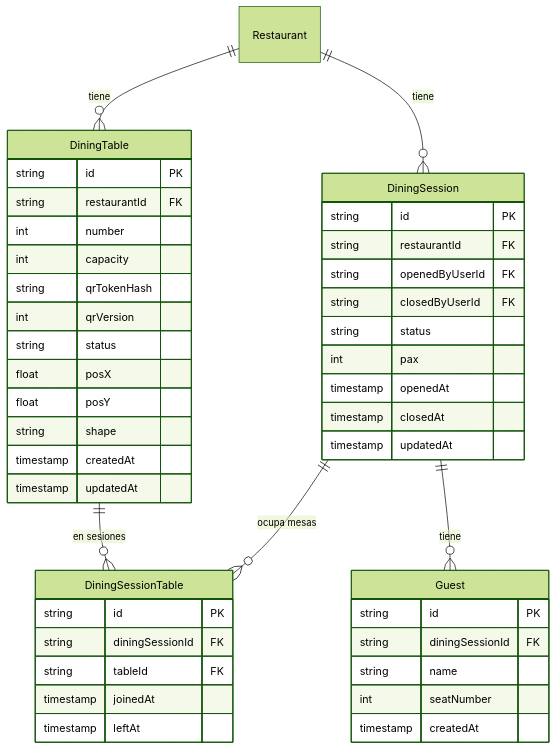
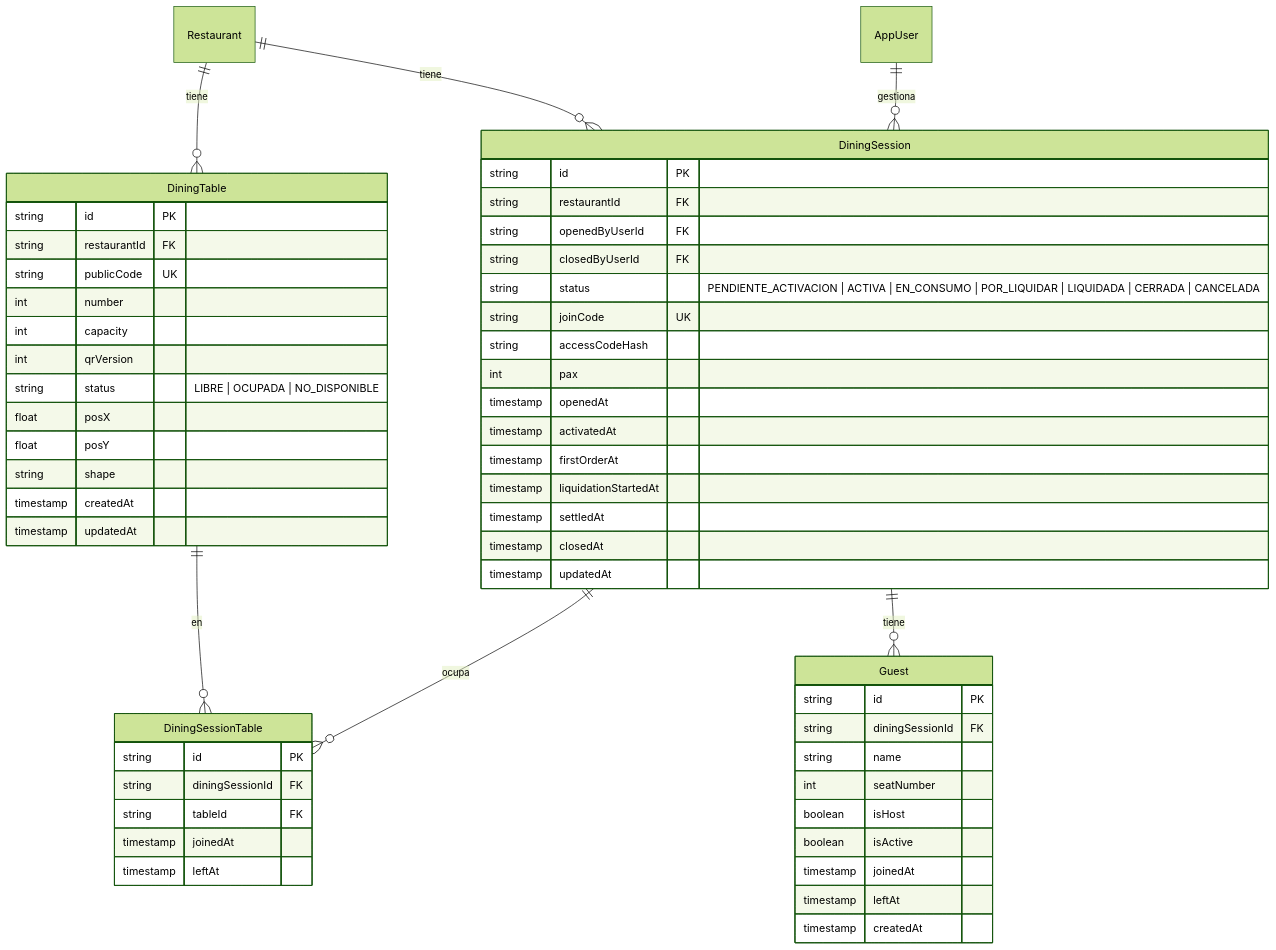
Before and after one commit to dvillagrans/Bouquet: the diagram in docs/_assets/erd/dominio-06-mesa.mmd, drawn with Mermaid (forest theme). The commit also changed 26 other files, not shown here.

Commit message:
refactor: simplify dictionary table styling and update Spark architectural documentation with refined analysis workflows and generated ERD assets

```diff
--- a/docs/_assets/erd/dominio-06-mesa.mmd
+++ b/docs/_assets/erd/dominio-06-mesa.mmd
@@ -1,50 +1,61 @@
 erDiagram
 
     DiningTable {
         string id PK
         string restaurantId FK
+        string publicCode UK
         int number
         int capacity
-        string qrTokenHash
         int qrVersion
-        string status
+        string status "LIBRE | OCUPADA | NO_DISPONIBLE"
         float posX
         float posY
         string shape
         timestamp createdAt
         timestamp updatedAt
     }
 
     DiningSession {
         string id PK
         string restaurantId FK
         string openedByUserId FK
         string closedByUserId FK
-        string status
+        string status "PENDIENTE_ACTIVACION | ACTIVA | EN_CONSUMO | POR_LIQUIDAR | LIQUIDADA | CERRADA | CANCELADA"
+        string joinCode UK
+        string accessCodeHash
         int pax
         timestamp openedAt
+        timestamp activatedAt
+        timestamp firstOrderAt
+        timestamp liquidationStartedAt
+        timestamp settledAt
         timestamp closedAt
         timestamp updatedAt
     }
 
     DiningSessionTable {
         string id PK
         string diningSessionId FK
         string tableId FK
         timestamp joinedAt
         timestamp leftAt
     }
 
     Guest {
         string id PK
         string diningSessionId FK
         string name
         int seatNumber
+        boolean isHost
+        boolean isActive
+        timestamp joinedAt
+        timestamp leftAt
         timestamp createdAt
     }
 
     Restaurant ||--o{ DiningTable : "tiene"
     Restaurant ||--o{ DiningSession : "tiene"
-    DiningTable ||--o{ DiningSessionTable : "en sesiones"
-    DiningSession ||--o{ DiningSessionTable : "ocupa mesas"
+    DiningTable ||--o{ DiningSessionTable : "en"
+    DiningSession ||--o{ DiningSessionTable : "ocupa"
     DiningSession ||--o{ Guest : "tiene"
+    AppUser ||--o{ DiningSession : "gestiona"
```
